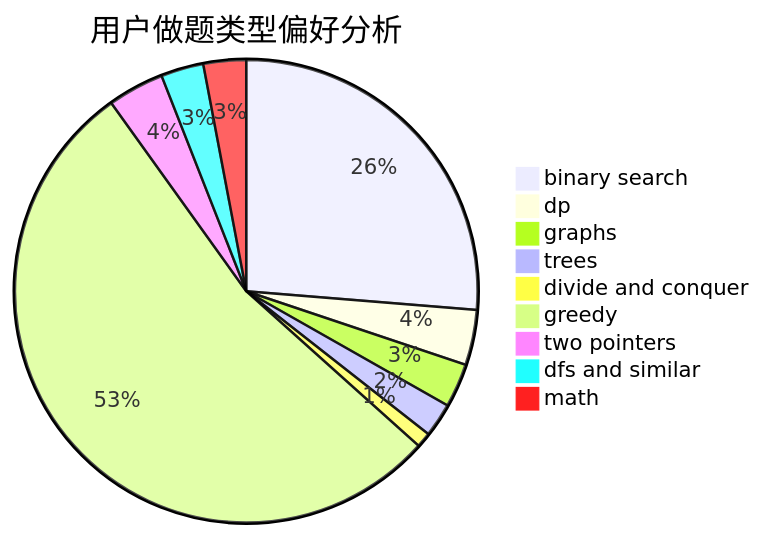
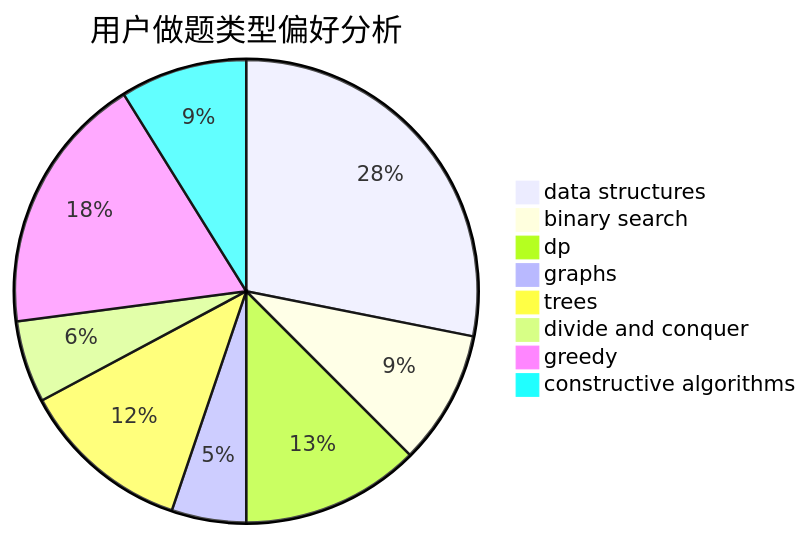
The second of 3 diagrams in docs/user/u1663.md (sherpahu/cfrs.github.io), drawn with Mermaid before and after one commit. The commit also changed other lines of this file and 2775 other files, not shown here.

````diff
--- a/docs/user/u1663.md
+++ b/docs/user/u1663.md
@@ -23,12 +23,11 @@
 ```mermaid
 pie title 用户做题类型偏好分析
-    "binary search" :  300
-    "dp" :  44
-    "graphs" :  35
-    "trees" :  27
-    "divide and conquer" :  12
-    "greedy" :  610
-    "two pointers" :  45
-    "dfs and similar" :  34
-    "math" :  34
+    "data structures" :  54
+    "binary search" :  18
+    "dp" :  24
+    "graphs" :  10
+    "trees" :  23
+    "divide and conquer" :  11
+    "greedy" :  35
+    "constructive algorithms" :  17
 ```
````
